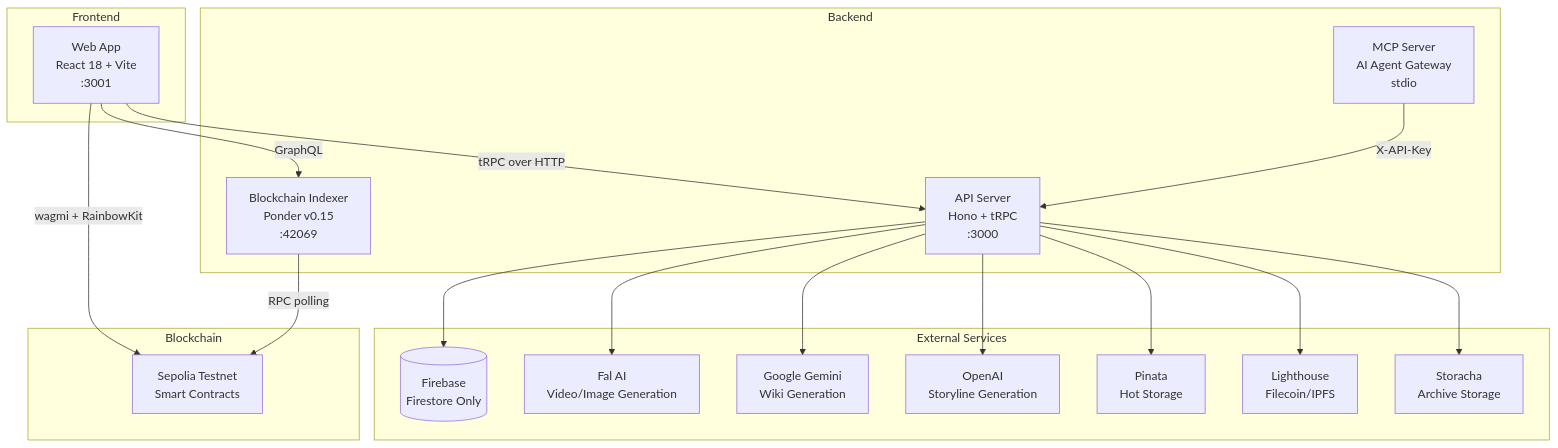
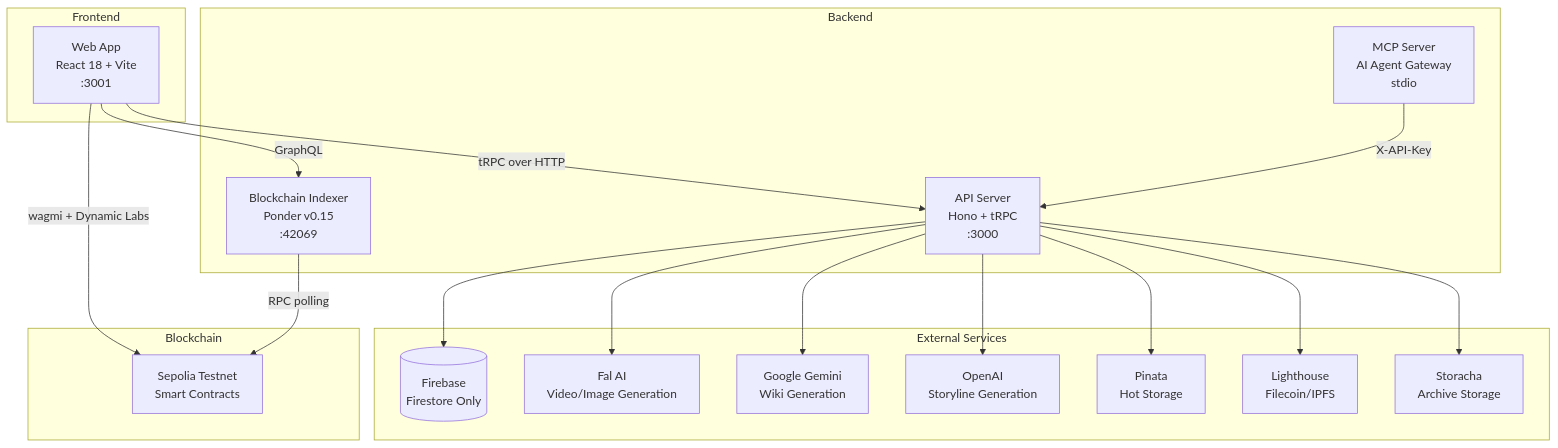
One commit to EcosystemNetwork/loar changed the first of 2 diagrams in docs/architecture.md. Above: the diagram before and after it, drawn with Mermaid. The commit also changed other lines of this file and 90 other files, not shown here.

````diff
--- a/docs/architecture.md
+++ b/docs/architecture.md
@@ -5,42 +5,42 @@
 ```mermaid
 graph TD
     subgraph Frontend
         WEB[Web App<br/>React 18 + Vite<br/>:3001]
     end
 
     subgraph Backend
         SERVER[API Server<br/>Hono + tRPC<br/>:3000]
         INDEXER[Blockchain Indexer<br/>Ponder v0.15<br/>:42069]
         MCP[MCP Server<br/>AI Agent Gateway<br/>stdio]
     end
 
     subgraph External Services
         FIREBASE[(Firebase<br/>Firestore Only)]
         FAL[Fal AI<br/>Video/Image Generation]
         GEMINI[Google Gemini<br/>Wiki Generation]
         OPENAI[OpenAI<br/>Storyline Generation]
         PINATA[Pinata<br/>Hot Storage]
         LIGHTHOUSE[Lighthouse<br/>Filecoin/IPFS]
         STORACHA[Storacha<br/>Archive Storage]
     end
 
     subgraph Blockchain
         SEPOLIA[Sepolia Testnet<br/>Smart Contracts]
     end
 
     WEB -->|tRPC over HTTP| SERVER
     WEB -->|GraphQL| INDEXER
-    WEB -->|wagmi + RainbowKit| SEPOLIA
+    WEB -->|wagmi + Dynamic Labs| SEPOLIA
 
     SERVER --> FIREBASE
     SERVER --> FAL
     SERVER --> GEMINI
     SERVER --> OPENAI
     SERVER --> PINATA
     SERVER --> LIGHTHOUSE
     SERVER --> STORACHA
 
     INDEXER -->|RPC polling| SEPOLIA
 
     MCP -->|X-API-Key| SERVER
 ```
````
